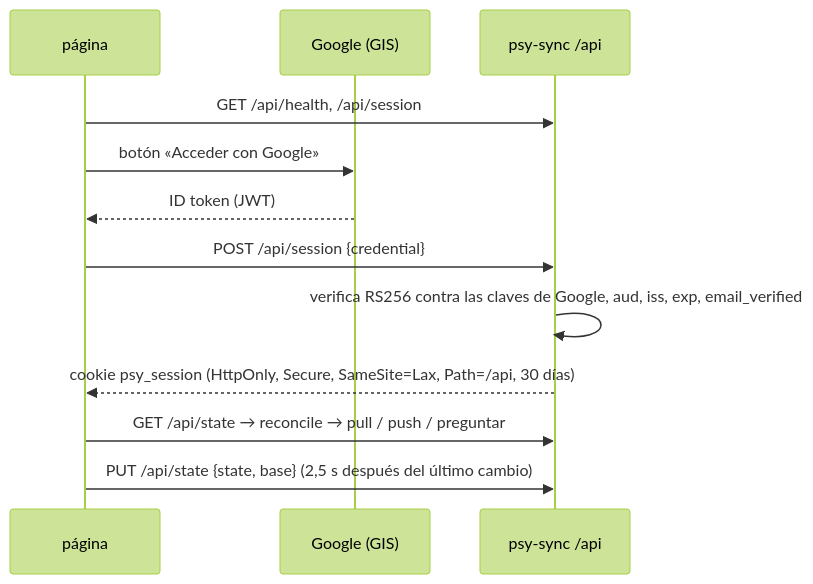
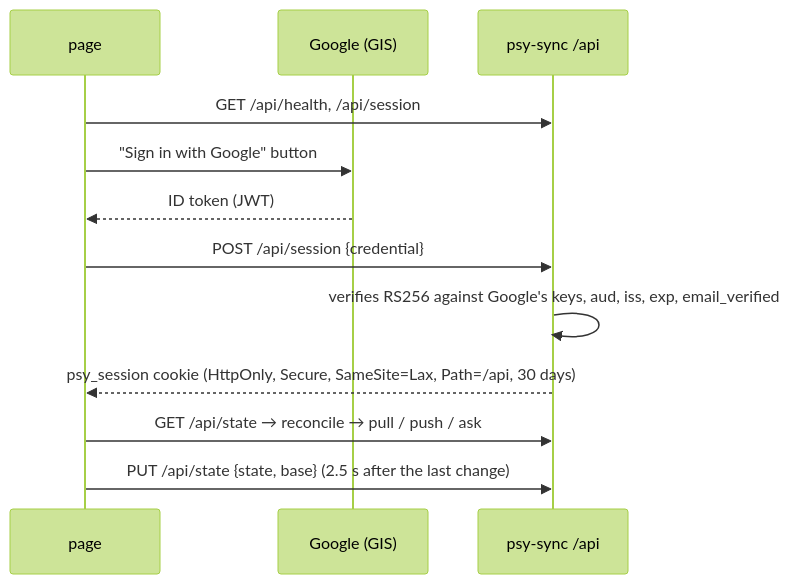
One commit to frodoagu/home changed the second of 2 diagrams in docs/psy-sampler.md. Above: the diagram before and after it, drawn with Mermaid (forest theme). The commit also changed other lines of this file and 1 other file, not shown here.

Commit message:
docs: psy-sampler doc in English

````diff
--- a/docs/psy-sampler.md
+++ b/docs/psy-sampler.md
@@ -309,14 +313,14 @@
 ```mermaid
 sequenceDiagram
-  participant P as página
+  participant P as page
   participant G as Google (GIS)
   participant A as psy-sync /api
   P->>A: GET /api/health, /api/session
-  P->>G: botón «Acceder con Google»
+  P->>G: "Sign in with Google" button
   G-->>P: ID token (JWT)
   P->>A: POST /api/session {credential}
-  A->>A: verifica RS256 contra las claves de Google, aud, iss, exp, email_verified
-  A-->>P: cookie psy_session (HttpOnly, Secure, SameSite=Lax, Path=/api, 30 días)
-  P->>A: GET /api/state → reconcile → pull / push / preguntar
-  P->>A: PUT /api/state {state, base} (2,5 s después del último cambio)
+  A->>A: verifies RS256 against Google's keys, aud, iss, exp, email_verified
+  A-->>P: psy_session cookie (HttpOnly, Secure, SameSite=Lax, Path=/api, 30 days)
+  P->>A: GET /api/state → reconcile → pull / push / ask
+  P->>A: PUT /api/state {state, base} (2.5 s after the last change)
 ```
````
